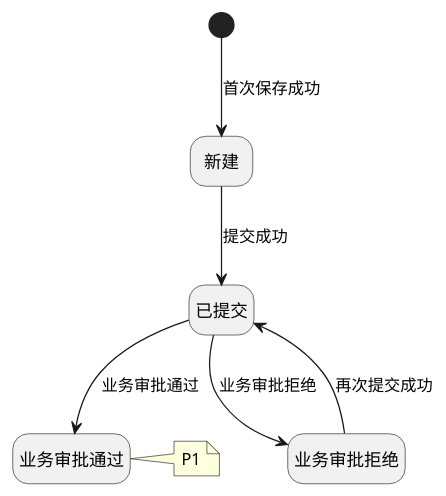
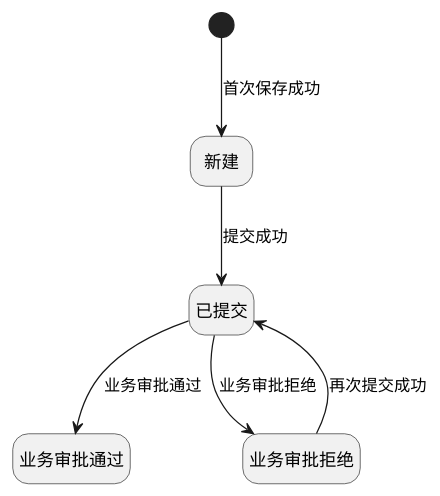
Before and after one commit to jack888332/projects-doc: the first of 2 diagrams in product-caliber/goldjet/segmented-prd/PRD.高捷物流系统一期.第025篇.财务结算-收付款申请管理.C548DF1D48.md, drawn with PlantUML. The commit also changed other lines of this file and 24 other files, not shown here.

````diff
--- a/product-caliber/goldjet/segmented-prd/PRD.高捷物流系统一期.第025篇.财务结算-收付款申请管理.C548DF1D48.md
+++ b/product-caliber/goldjet/segmented-prd/PRD.高捷物流系统一期.第025篇.财务结算-收付款申请管理.C548DF1D48.md
@@ -192,16 +192,15 @@
 ```plantuml
 @startuml goldjet-state-025-payment-business-approval
 hide empty description
 state "新建" as New
 state "已提交" as Submitted
 state "业务审批通过" as Approved
 state "业务审批拒绝" as Rejected
 
 [*] --> New : 首次保存成功
 New --> Submitted : 提交成功
 Submitted --> Approved : 业务审批通过
 Submitted --> Rejected : 业务审批拒绝
 Rejected --> Submitted : 再次提交成功
-note right of Approved : P1
 @enduml
 ```
````
